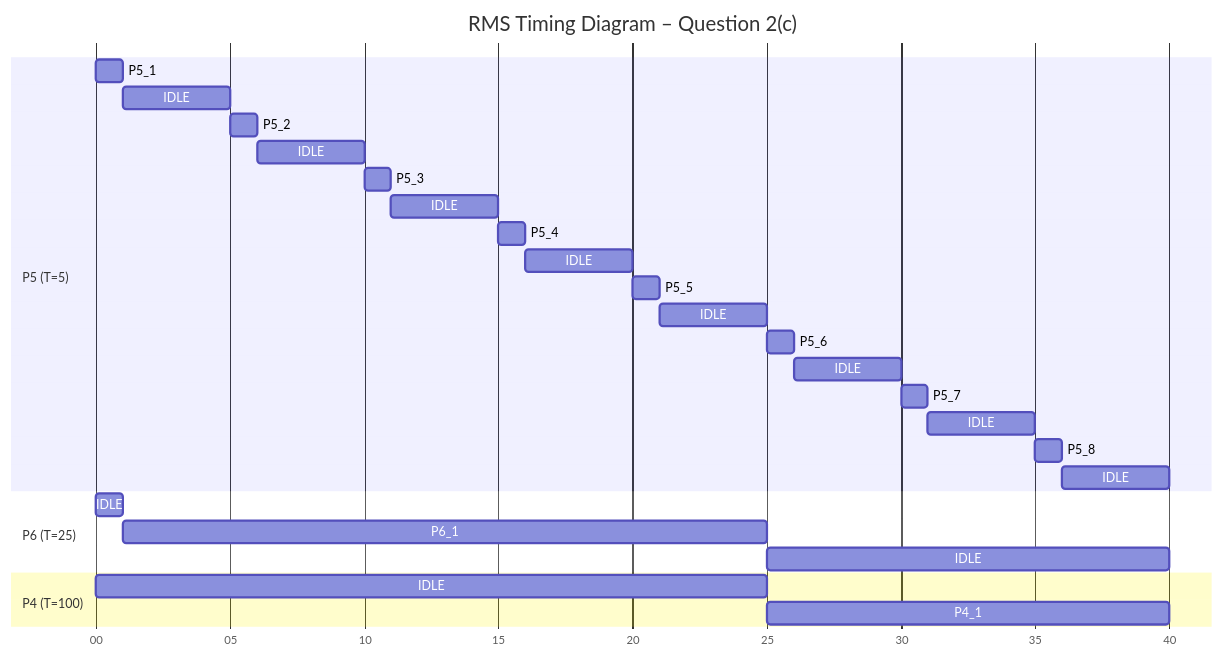
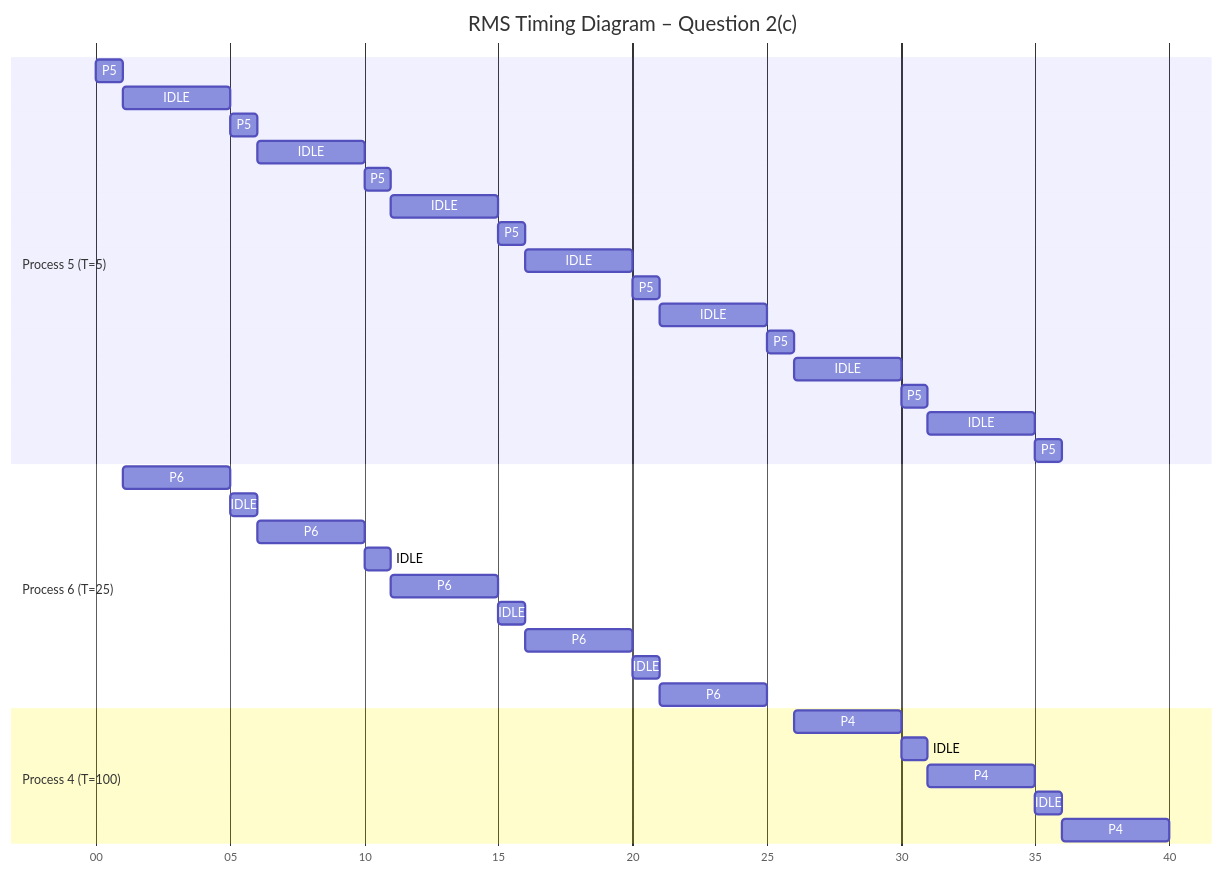
Before and after one commit to fareenlavji/rtConcurrentSystems: the second of 3 diagrams in assignment05/assignment05Report.md, drawn with Mermaid. The commit also changed other lines of this file, not shown here.

Commit message:
Refactor timing diagram sections in report

````diff
--- a/assignment05/assignment05Report.md
+++ b/assignment05/assignment05Report.md
@@ -102,33 +103,41 @@
 ```mermaid
 gantt
     title RMS Timing Diagram – Question 2(c)
     dateFormat  s
     axisFormat  %S
 
-    section P5 (T=5)
-    P5_1 :0, 1
-    IDLE  :1, 5
-    P5_2 :5, 6
-    IDLE  :6, 10
-    P5_3 :10, 11
-    IDLE  :11, 15
-    P5_4 :15, 16
-    IDLE  :16, 20
-    P5_5 :20, 21
-    IDLE  :21, 25
-    P5_6 :25, 26
-    IDLE  :26, 30
-    P5_7 :30, 31
-    IDLE  :31, 35
-    P5_8 :35, 36
-    IDLE  :36, 40
+    section Process 5 (T=5)
+    P5: 0, 1
+    IDLE: 1, 5
+    P5: 5, 6
+    IDLE: 6, 10
+    P5: 10, 11
+    IDLE: 11, 15
+    P5: 15, 16
+    IDLE: 16, 20
+    P5: 20, 21
+    IDLE: 21, 25
+    P5: 25, 26
+    IDLE: 26, 30
+    P5: 30, 31
+    IDLE: 31, 35
+    P5: 35, 36
 
-    section P6 (T=25)
-    IDLE  :0, 1
-    P6_1 :1, 25
-    IDLE  :25, 40
+    section Process 6 (T=25)
+    P6: 1, 5
+    IDLE: 5, 6
+    P6: 6, 10
+    IDLE: 10, 11
+    P6: 11, 15
+    IDLE: 15, 16
+    P6: 16, 20
+    IDLE: 20, 21
+    P6: 21, 25
 
-    section P4 (T=100)
-    IDLE  :0, 25
-    P4_1 :25, 40
+    section Process 4 (T=100)
+    P4: 26, 30
+    IDLE: 30, 31
+    P4: 31, 35
+    IDLE: 35, 36
+    P4: 36, 40
 ```
````
